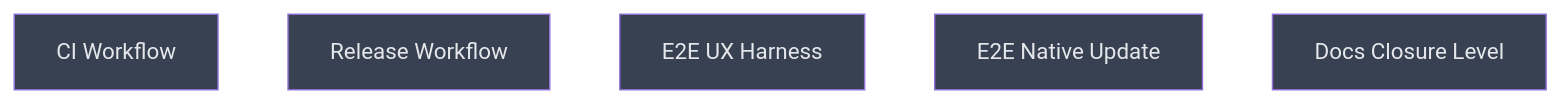
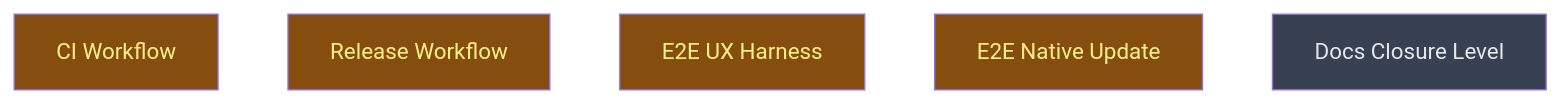
One commit to LittleCoinCoin/sift changed the diagram in __roadmap__/update-flow-hardening/next/README.md. Above: the diagram before and after it, drawn with Mermaid. The commit also changed other lines of this file and 1 other file, not shown here.

Commit message:
rdm(update-flow-hardening): close level 1 and start level 2
All three L1 leaves passed adversarial review and landed. The seam
check holds on the integration tip: package.json reads 0.1.4,
commitizen computes 0.2.0 as the next version, the release-config
checker agrees, and every gate is green (svelte-check 102 files,
55 node tests, 42 rust tests, lockfile unchanged since the campaign
base). Level 2 runs CI, the release workflow and both E2E layers in
parallel.

````diff
--- a/__roadmap__/update-flow-hardening/next/README.md
+++ b/__roadmap__/update-flow-hardening/next/README.md
@@ -23,13 +23,13 @@
 ```mermaid
 graph TD
-    ci_workflow[CI Workflow]:::planned
-    release_workflow[Release Workflow]:::planned
-    e2e_ui[E2E UX Harness]:::planned
-    e2e_native[E2E Native Update]:::planned
+    ci_workflow[CI Workflow]:::inprogress
+    release_workflow[Release Workflow]:::inprogress
+    e2e_ui[E2E UX Harness]:::inprogress
+    e2e_native[E2E Native Update]:::inprogress
     next[Docs Closure Level]:::planned
     classDef done       fill:#166534,color:#bbf7d0
     classDef inprogress fill:#854d0e,color:#fef08a
     classDef planned    fill:#374151,color:#e5e7eb
     classDef amendment  fill:#1e3a5f,color:#bfdbfe
     classDef blocked    fill:#7f1d1d,color:#fecaca
 ```
````
